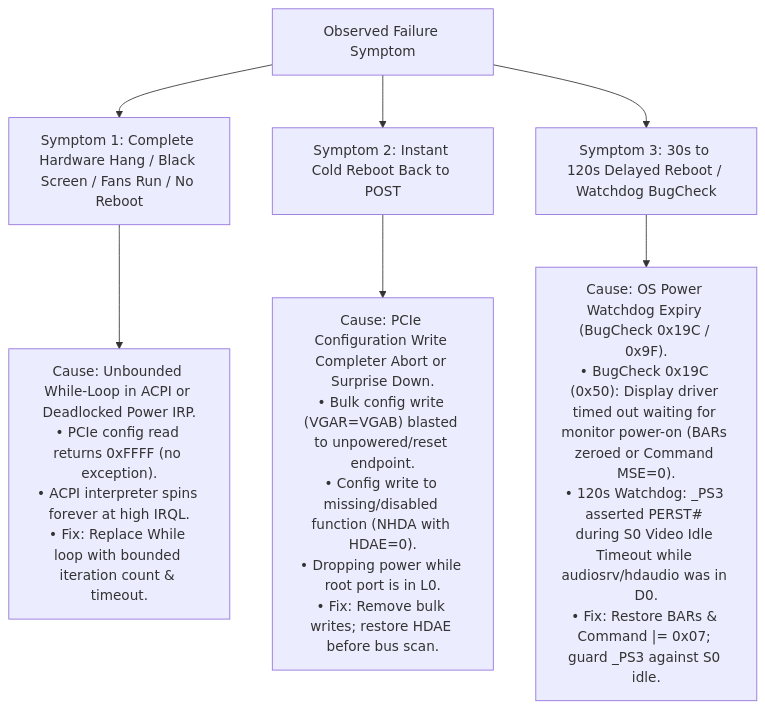
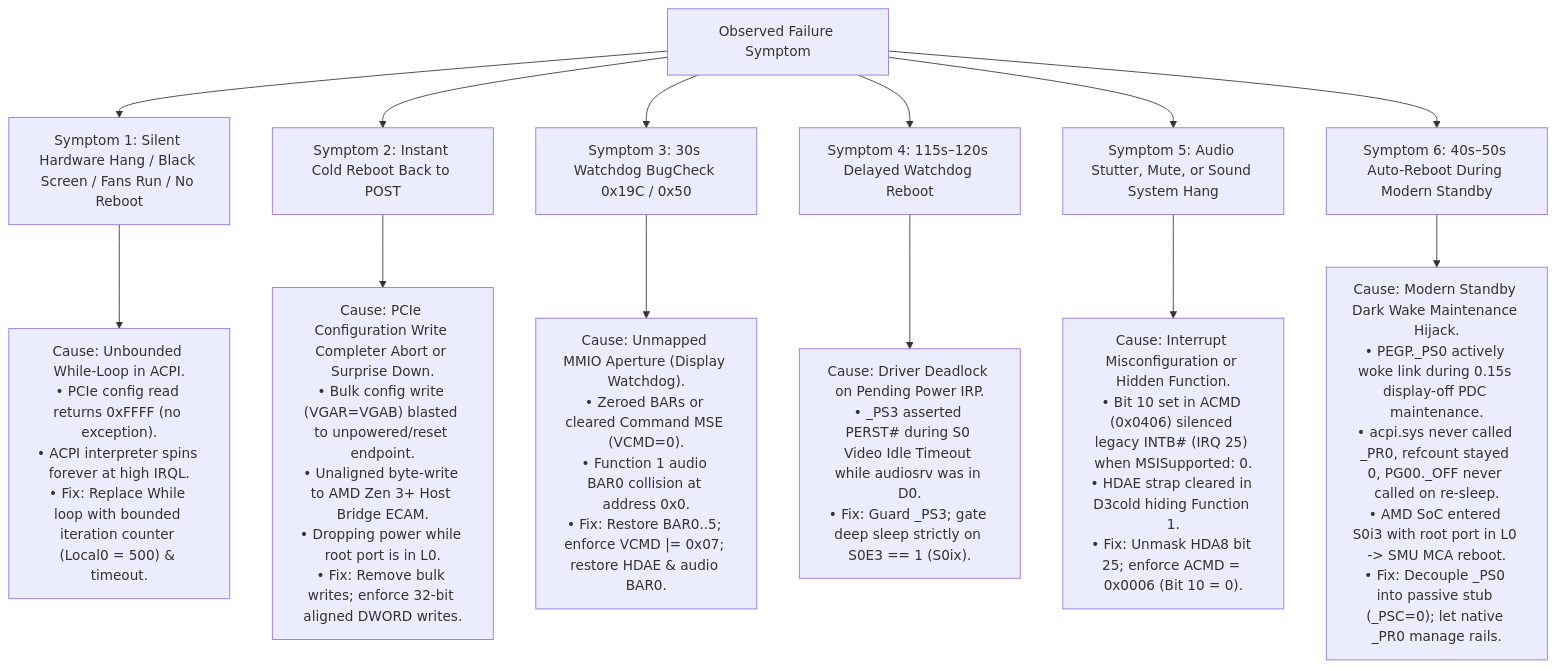
The third of 3 diagrams in retro/Learnings.md (datacompboy/xmg_deep_sleep), drawn with Mermaid before and after one commit. The commit also changed other lines of this file and 2 other files, not shown here.

````diff
--- a/retro/Learnings.md
+++ b/retro/Learnings.md
@@ -210,12 +271,21 @@
 ```mermaid
 flowchart TD
-    Symptom[Observed Failure Symptom] --> H[Symptom 1: Complete Hardware Hang / Black Screen / Fans Run / No Reboot]
+    Symptom[Observed Failure Symptom] --> H[Symptom 1: Silent Hardware Hang / Black Screen / Fans Run / No Reboot]
     Symptom --> R[Symptom 2: Instant Cold Reboot Back to POST]
-    Symptom --> W[Symptom 3: 30s to 120s Delayed Reboot / Watchdog BugCheck]
+    Symptom --> W1[Symptom 3: 30s Watchdog BugCheck 0x19C / 0x50]
+    Symptom --> W2[Symptom 4: 115s–120s Delayed Watchdog Reboot]
+    Symptom --> A[Symptom 5: Audio Stutter, Mute, or Sound System Hang]
+    Symptom --> D[Symptom 6: 40s–50s Auto-Reboot During Modern Standby]
 
-    H --> H_Cause["Cause: Unbounded While-Loop in ACPI or Deadlocked Power IRP.<br>• PCIe config read returns 0xFFFF (no exception).<br>• ACPI interpreter spins forever at high IRQL.<br>• Fix: Replace While loop with bounded iteration count & timeout."]
+    H --> H_Cause["Cause: Unbounded While-Loop in ACPI.<br>• PCIe config read returns 0xFFFF (no exception).<br>• ACPI interpreter spins forever at high IRQL.<br>• Fix: Replace While loop with bounded iteration counter (Local0 = 500) & timeout."]
     
-    R --> R_Cause["Cause: PCIe Configuration Write Completer Abort or Surprise Down.<br>• Bulk config write (VGAR=VGAB) blasted to unpowered/reset endpoint.<br>• Config write to missing/disabled function (NHDA with HDAE=0).<br>• Dropping power while root port is in L0.<br>• Fix: Remove bulk writes; restore HDAE before bus scan."]
+    R --> R_Cause["Cause: PCIe Configuration Write Completer Abort or Surprise Down.<br>• Bulk config write (VGAR=VGAB) blasted to unpowered/reset endpoint.<br>• Unaligned byte-write to AMD Zen 3+ Host Bridge ECAM.<br>• Dropping power while root port is in L0.<br>• Fix: Remove bulk writes; enforce 32-bit aligned DWORD writes."]
 
-    W --> W_Cause["Cause: OS Power Watchdog Expiry (BugCheck 0x19C / 0x9F).<br>• BugCheck 0x19C (0x50): Display driver timed out waiting for monitor power-on (BARs zeroed or Command MSE=0).<br>• 120s Watchdog: _PS3 asserted PERST# during S0 Video Idle Timeout while audiosrv/hdaudio was in D0.<br>• Fix: Restore BARs & Command |= 0x07; guard _PS3 against S0 idle."]
+    W1 --> W1_Cause["Cause: Unmapped MMIO Aperture (Display Watchdog).<br>• Zeroed BARs or cleared Command MSE (VCMD=0).<br>• Function 1 audio BAR0 collision at address 0x0.<br>• Fix: Restore BAR0..5; enforce VCMD |= 0x07; restore HDAE & audio BAR0."]
+
+    W2 --> W2_Cause["Cause: Driver Deadlock on Pending Power IRP.<br>• _PS3 asserted PERST# during S0 Video Idle Timeout while audiosrv was in D0.<br>• Fix: Guard _PS3; gate deep sleep strictly on S0E3 == 1 (S0ix)."]
+
+    A --> A_Cause["Cause: Interrupt Misconfiguration or Hidden Function.<br>• Bit 10 set in ACMD (0x0406) silenced legacy INTB# (IRQ 25) when MSISupported: 0.<br>• HDAE strap cleared in D3cold hiding Function 1.<br>• Fix: Unmask HDA8 bit 25; enforce ACMD = 0x0006 (Bit 10 = 0)."]
+
+    D --> D_Cause["Cause: Modern Standby Dark Wake Maintenance Hijack.<br>• PEGP._PS0 actively woke link during 0.15s display-off PDC maintenance.<br>• acpi.sys never called _PR0, refcount stayed 0, PG00._OFF never called on re-sleep.<br>• AMD SoC entered S0i3 with root port in L0 -> SMU MCA reboot.<br>• Fix: Decouple _PS0 into passive stub (_PSC=0); let native _PR0 manage rails."]
 ```
````
